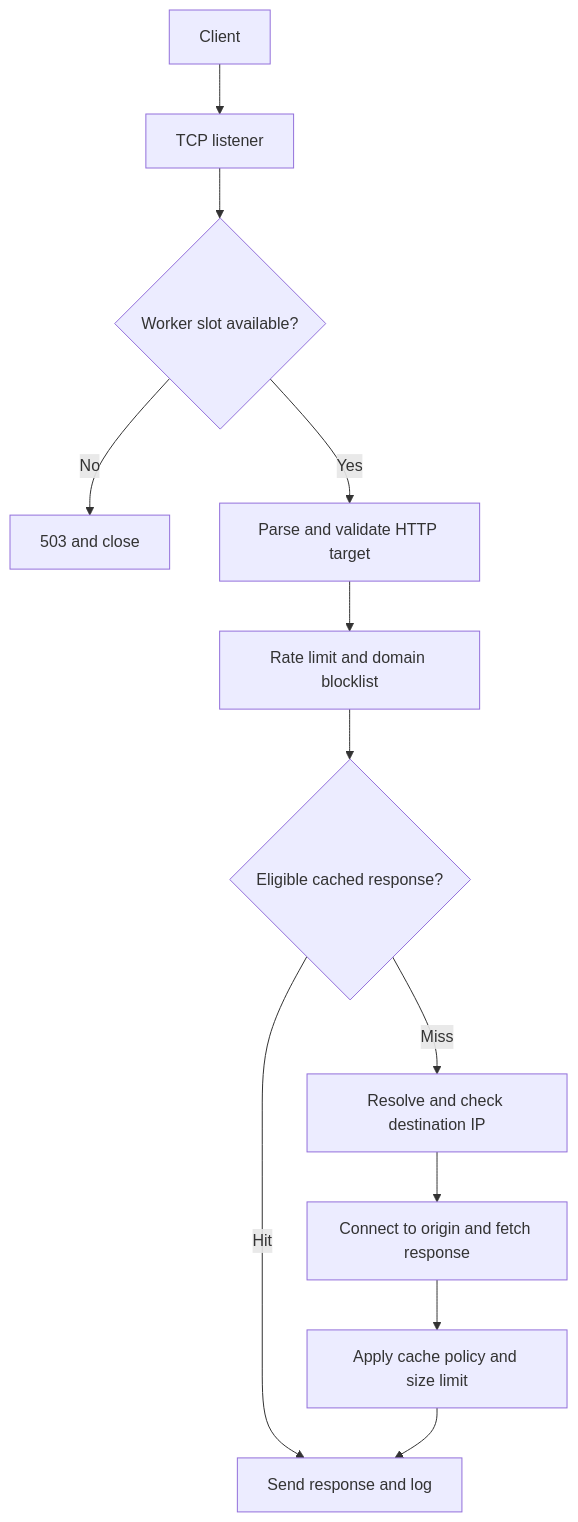
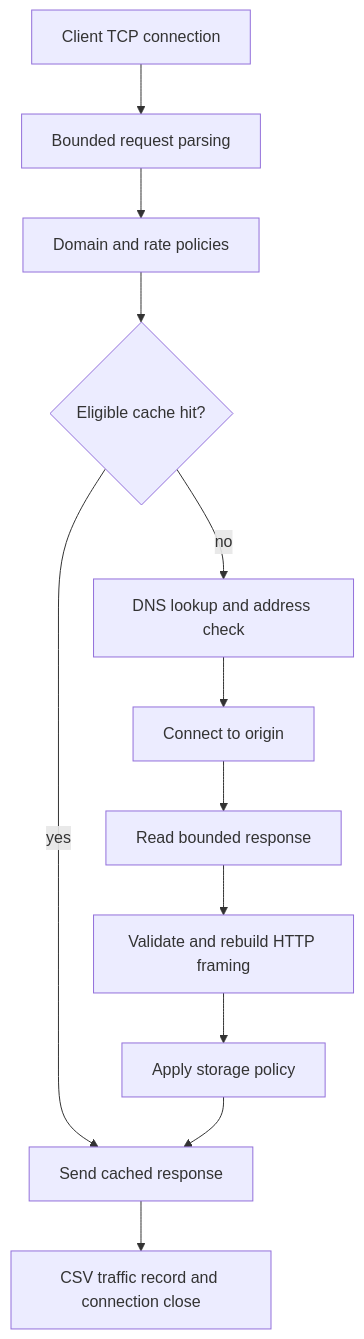
Before and after one commit to ahskid28/CN-Mini-Project: the diagram in docs/ARCHITECTURE.md, drawn with Mermaid. The commit also changed other lines of this file and 24 other files, not shown here.

````diff
--- a/docs/ARCHITECTURE.md
+++ b/docs/ARCHITECTURE.md
@@ -5,14 +5,14 @@
 ```mermaid
 flowchart TD
-    Client --> Listener[TCP listener]
-    Listener --> Slots{Worker slot available?}
-    Slots -- No --> Busy[503 and close]
-    Slots -- Yes --> Parse[Parse and validate HTTP target]
-    Parse --> Policy[Rate limit and domain blocklist]
-    Policy --> Cache{Eligible cached response?}
-    Cache -- Hit --> Reply[Send response and log]
-    Cache -- Miss --> DNS[Resolve and check destination IP]
-    DNS --> Origin[Connect to origin and fetch response]
-    Origin --> Store[Apply cache policy and size limit]
-    Store --> Reply
+  A[Client TCP connection] --> B[Bounded request parsing]
+  B --> C[Domain and rate policies]
+  C --> D{Eligible cache hit?}
+  D -- yes --> E[Send cached response]
+  D -- no --> F[DNS lookup and address check]
+  F --> G[Connect to origin]
+  G --> H[Read bounded response]
+  H --> I[Validate and rebuild HTTP framing]
+  I --> J[Apply storage policy]
+  J --> E
+  E --> K[CSV traffic record and connection close]
 ```
````
